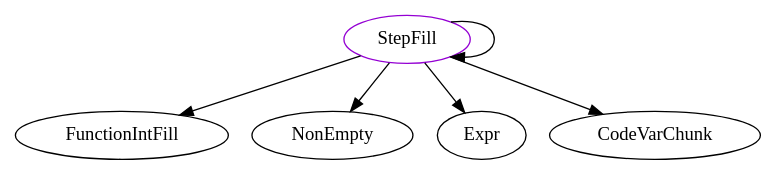
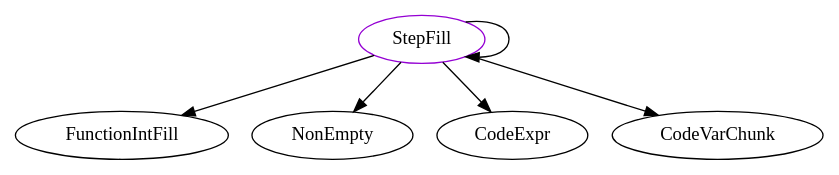
The diagram in analysis/TypeDependencyGraphs/code/StepFill.dot (JacquesCarette/Drasil), drawn with Graphviz before and after one commit. The commit also changed 830 other files, not shown here.

```diff
--- a/analysis/TypeDependencyGraphs/code/StepFill.dot
+++ b/analysis/TypeDependencyGraphs/code/StepFill.dot
@@ -1,8 +1,8 @@
 digraph stepfill{
 StepFill -> FunctionIntFill;
 StepFill -> NonEmpty;
-StepFill -> Expr;
+StepFill -> CodeExpr;
 StepFill -> StepFill;
 StepFill -> CodeVarChunk;
 StepFill	[shape=oval, color=darkviolet, label=StepFill];
 }
```
